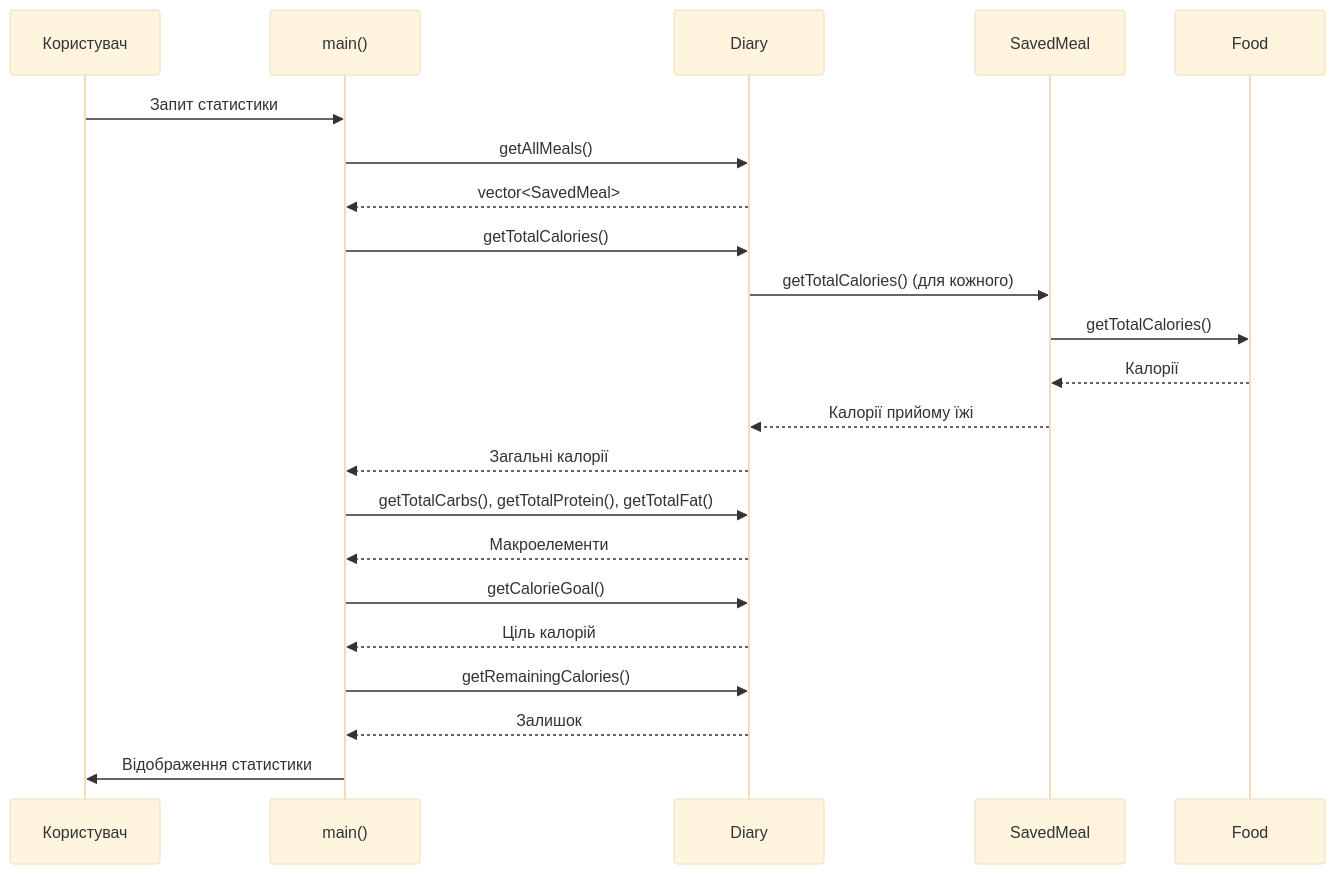
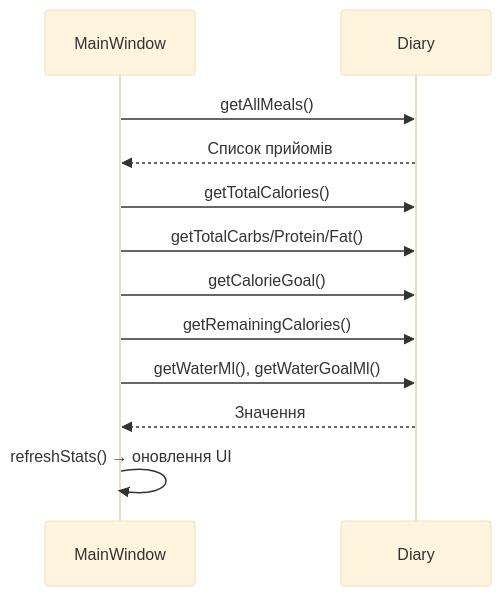
Before and after one commit to zekapele/CalorieCalc: the second of 5 diagrams in docs/SequenceDiagram.md, drawn with Mermaid (base theme). The commit also changed other lines of this file and 36 other files, not shown here.

Commit message:
Add advanced features: SQLite support, QChart graphs, category filters, improved themes, CSV import/export, enhanced logging

````diff
--- a/docs/SequenceDiagram.md
+++ b/docs/SequenceDiagram.md
@@ -29,25 +25,15 @@
 ```mermaid
 sequenceDiagram
-    participant User as Користувач
-    participant Main as main()
+    participant GUI as MainWindow
     participant Diary as Diary
-    participant Meal as SavedMeal
-    participant Food as Food
-    
-    User->>Main: Запит статистики
-    Main->>Diary: getAllMeals()
-    Diary-->>Main: vector<SavedMeal>
-    Main->>Diary: getTotalCalories()
-    Diary->>Meal: getTotalCalories() (для кожного)
-    Meal->>Food: getTotalCalories()
-    Food-->>Meal: Калорії
-    Meal-->>Diary: Калорії прийому їжі
-    Diary-->>Main: Загальні калорії
-    Main->>Diary: getTotalCarbs(), getTotalProtein(), getTotalFat()
-    Diary-->>Main: Макроелементи
-    Main->>Diary: getCalorieGoal()
-    Diary-->>Main: Ціль калорій
-    Main->>Diary: getRemainingCalories()
-    Diary-->>Main: Залишок
-    Main->>User: Відображення статистики
+
+    GUI->>Diary: getAllMeals()
+    Diary-->>GUI: Список прийомів
+    GUI->>Diary: getTotalCalories()
+    GUI->>Diary: getTotalCarbs/Protein/Fat()
+    GUI->>Diary: getCalorieGoal()
+    GUI->>Diary: getRemainingCalories()
+    GUI->>Diary: getWaterMl(), getWaterGoalMl()
+    Diary-->>GUI: Значення
+    GUI->>GUI: refreshStats() → оновлення UI
 ```
````
